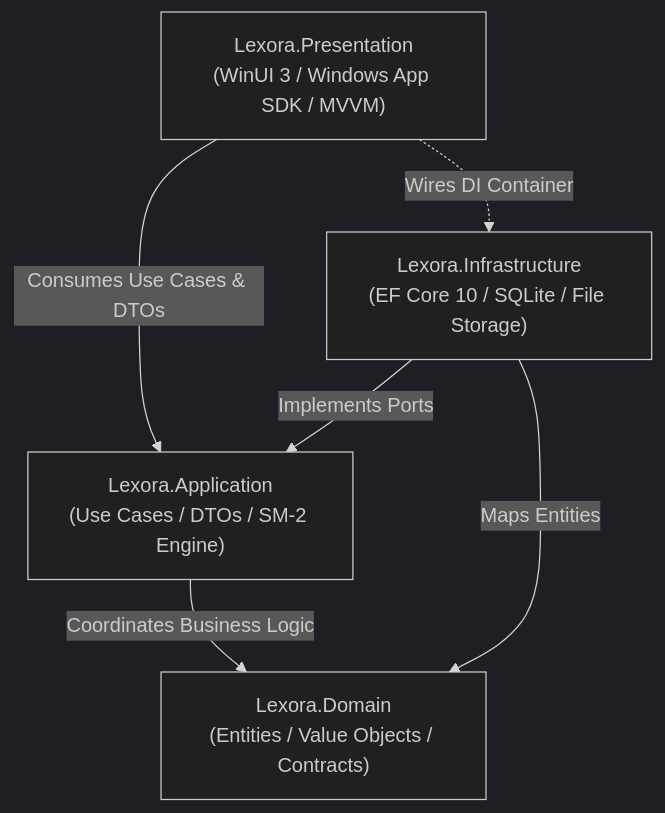
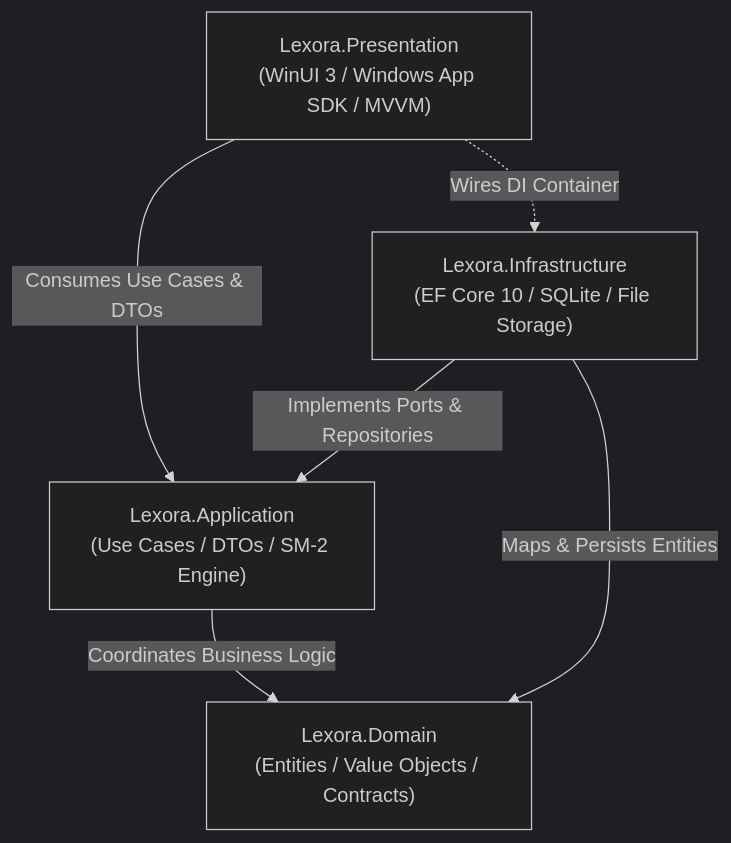
Before and after one commit to Nguyen-Trung-Tien/Lexora: the first of 2 diagrams in docs/architecture.md, drawn with Mermaid (dark theme). The commit also changed other lines of this file and 19 other files, not shown here.

Commit message:
docs: add comprehensive project documentation and modular architectural rules

````diff
--- a/docs/architecture.md
+++ b/docs/architecture.md
@@ -9,13 +9,13 @@
 ```mermaid
 graph TD
     UI["Lexora.Presentation<br/>(WinUI 3 / Windows App SDK / MVVM)"]
     APP["Lexora.Application<br/>(Use Cases / DTOs / SM-2 Engine)"]
     DOM["Lexora.Domain<br/>(Entities / Value Objects / Contracts)"]
     INFRA["Lexora.Infrastructure<br/>(EF Core 10 / SQLite / File Storage)"]
 
     UI -->|Consumes Use Cases & DTOs| APP
     UI -.->|Wires DI Container| INFRA
-    INFRA -->|Implements Ports| APP
-    INFRA -->|Maps Entities| DOM
+    INFRA -->|Implements Ports & Repositories| APP
+    INFRA -->|Maps & Persists Entities| DOM
     APP -->|Coordinates Business Logic| DOM
 ```
````
